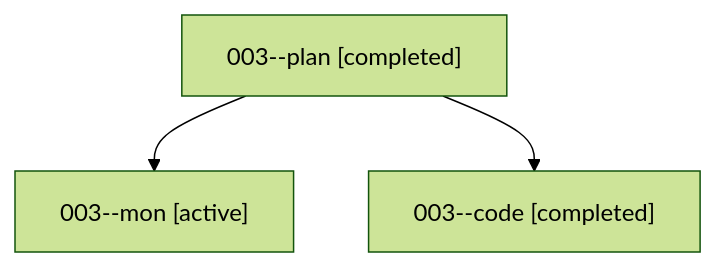
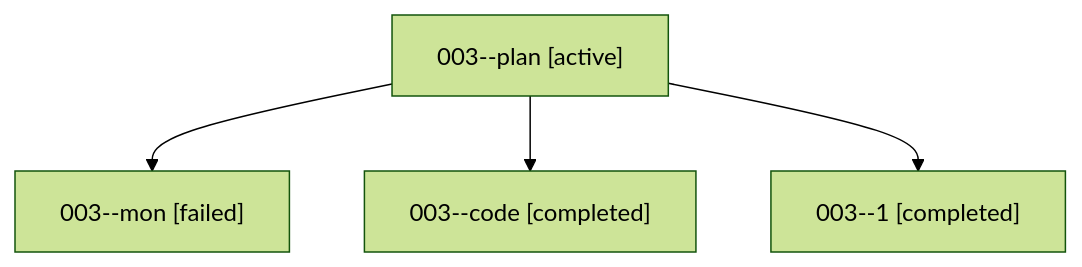
Before and after one commit to sase-org/sase--agents: the diagram in families/bbugyi200.athena.003.md, drawn with Mermaid (forest theme). The commit also changed other lines of this file and 35830 other files, not shown here.

````diff
--- a/families/bbugyi200.athena.003.md
+++ b/families/bbugyi200.athena.003.md
@@ -9,8 +9,10 @@
 ```mermaid
 flowchart TD
-  n0["003--plan [completed]"]
-  n1["003--mon [active]"]
+  n0["003--plan [active]"]
+  n1["003--mon [failed]"]
   n0 --> n1
   n2["003--code [completed]"]
   n0 --> n2
+  n3["003--1 [completed]"]
+  n0 --> n3
 ```
````
